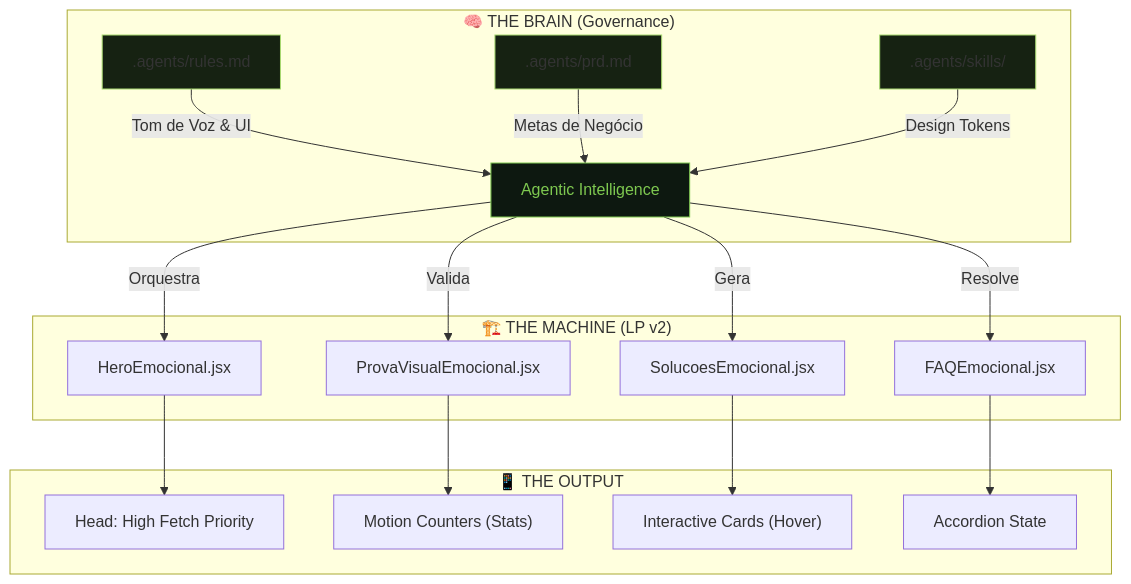
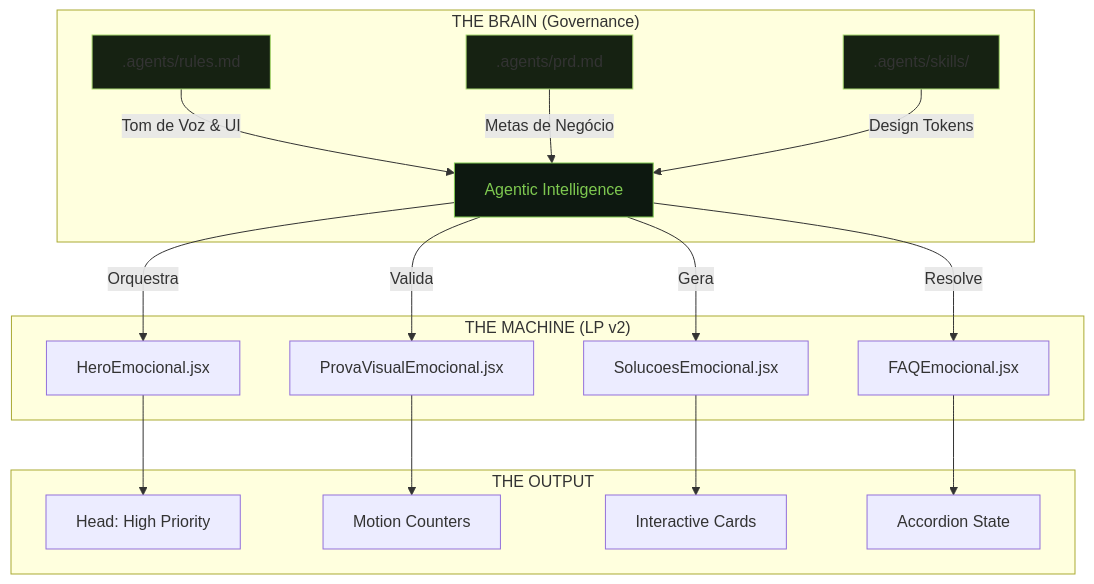
Before and after one commit to marcel-alonso/ctb: the diagram in README.md, drawn with Mermaid. The commit also changed other lines of this file, not shown here.

Commit message:
fix/docs: optimize video and mermaid rendering for github

````diff
--- a/README.md
+++ b/README.md
@@ -31,27 +31,27 @@
 ```mermaid
 graph TD
-    subgraph "🧠 THE BRAIN (Governance)"
+    subgraph BRAIN ["THE BRAIN (Governance)"]
         R[".agents/rules.md"] --> |Tom de Voz & UI| AI[Agentic Intelligence]
         P[".agents/prd.md"] --> |Metas de Negócio| AI
         S[".agents/skills/"] --> |Design Tokens| AI
     end
 
-    subgraph "🏗️ THE MACHINE (LP v2)"
+    subgraph MACHINE ["THE MACHINE (LP v2)"]
         AI --> |Orquestra| H["HeroEmocional.jsx"]
         AI --> |Valida| PV["ProvaVisualEmocional.jsx"]
         AI --> |Gera| SO["SolucoesEmocional.jsx"]
         AI --> |Resolve| FAQ["FAQEmocional.jsx"]
     end
 
-    subgraph "📱 THE OUTPUT"
-        H --> L1["Head: High Fetch Priority"]
-        PV --> L2["Motion Counters (Stats)"]
-        SO --> L3["Interactive Cards (Hover)"]
+    subgraph OUTPUT ["THE OUTPUT"]
+        H --> L1["Head: High Priority"]
+        PV --> L2["Motion Counters"]
+        SO --> L3["Interactive Cards"]
         FAQ --> L4["Accordion State"]
     end
 
     style AI fill:#0D1810,stroke:#7EC850,color:#7EC850
     style R fill:#162212,stroke:#A8D970
     style P fill:#162212,stroke:#A8D970
     style S fill:#162212,stroke:#A8D970
 ```
````
